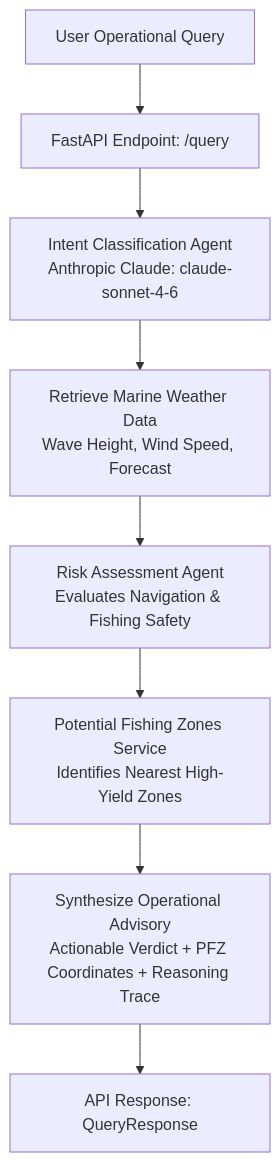
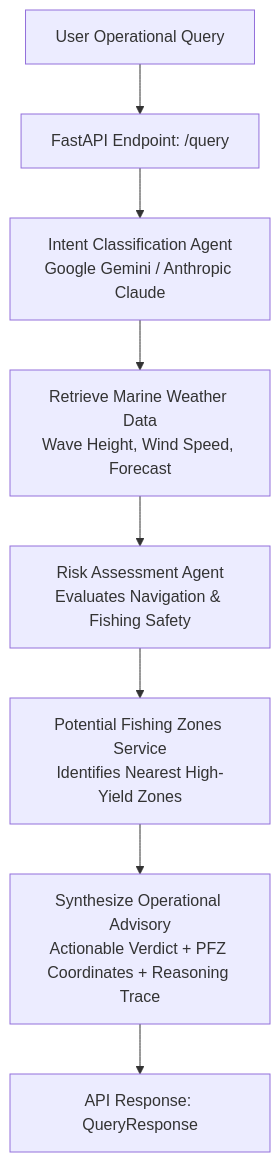
One commit to Darshilmodi15/Team-OrbitX-SIH-26 changed the diagram in README.md. Above: the diagram before and after it, drawn with Mermaid. The commit also changed other lines of this file, not shown here.

Commit message:
docs: update README with Gemini API instructions and curl commands

````diff
--- a/README.md
+++ b/README.md
@@ -19,10 +19,10 @@
 ```mermaid
 flowchart TD
     A[User Operational Query] --> B[FastAPI Endpoint: /query]
-    B --> C[Intent Classification Agent<br/>Anthropic Claude: claude-sonnet-4-6]
+    B --> C[Intent Classification Agent<br/>Google Gemini / Anthropic Claude]
     C --> D[Retrieve Marine Weather Data<br/>Wave Height, Wind Speed, Forecast]
     D --> E[Risk Assessment Agent<br/>Evaluates Navigation & Fishing Safety]
     E --> F[Potential Fishing Zones Service<br/>Identifies Nearest High-Yield Zones]
     F --> G[Synthesize Operational Advisory<br/>Actionable Verdict + PFZ Coordinates + Reasoning Trace]
     G --> H[API Response: QueryResponse]
 ```
````
